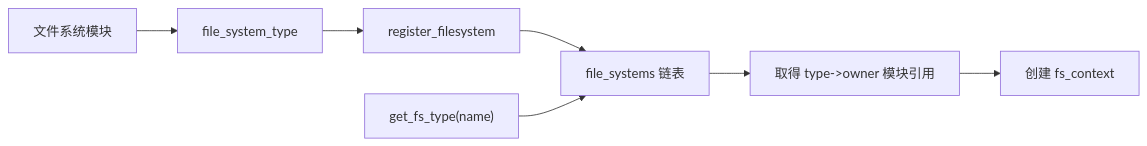
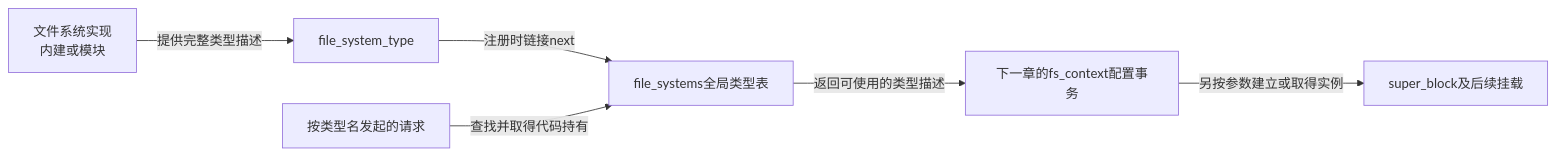
The first of 2 diagrams in knowledge/kernel_subsystems/vfs/P04_文件系统类型注册.md (FormingSystem/linux_note), drawn with Mermaid before and after one commit. The commit also changed other lines of this file and 13 other files, not shown here.

````diff
--- a/knowledge/kernel_subsystems/vfs/P04_文件系统类型注册.md
+++ b/knowledge/kernel_subsystems/vfs/P04_文件系统类型注册.md
@@ -15,9 +23,8 @@
 ```mermaid
 flowchart LR
-    MOD["文件系统模块"] --> TYPE["file_system_type"]
-    TYPE --> REG["register_filesystem"]
-    REG --> LIST["file_systems 链表"]
-    LOOK["get_fs_type(name)"] --> LIST
-    LIST --> REF["取得 type->owner 模块引用"]
-    REF --> FC["创建 fs_context"]
+    code["文件系统实现<br/>内建或模块"] -->|"提供完整类型描述"| type["file_system_type"]
+    type -->|"注册时链接next"| registry["file_systems全局类型表"]
+    request["按类型名发起的请求"] -->|"查找并取得代码持有"| registry
+    registry -->|"返回可使用的类型描述"| transaction["下一章的fs_context配置事务"]
+    transaction -->|"另按参数建立或取得实例"| instance["super_block及后续挂载"]
 ```
````
